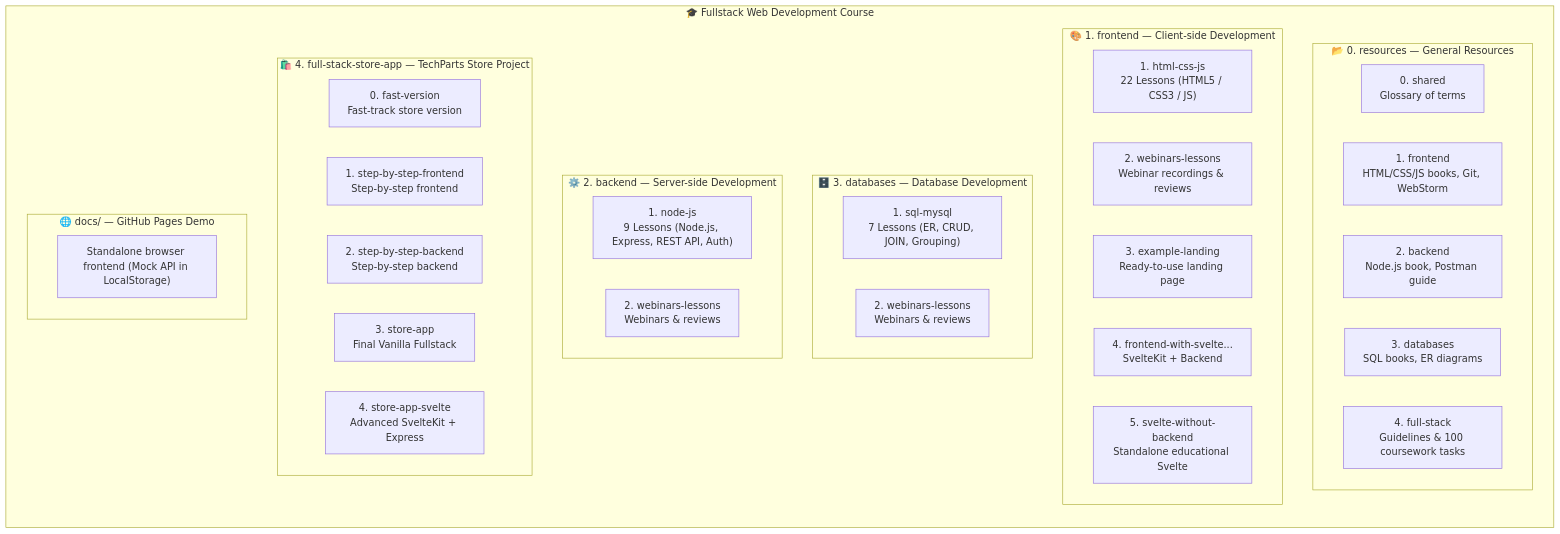
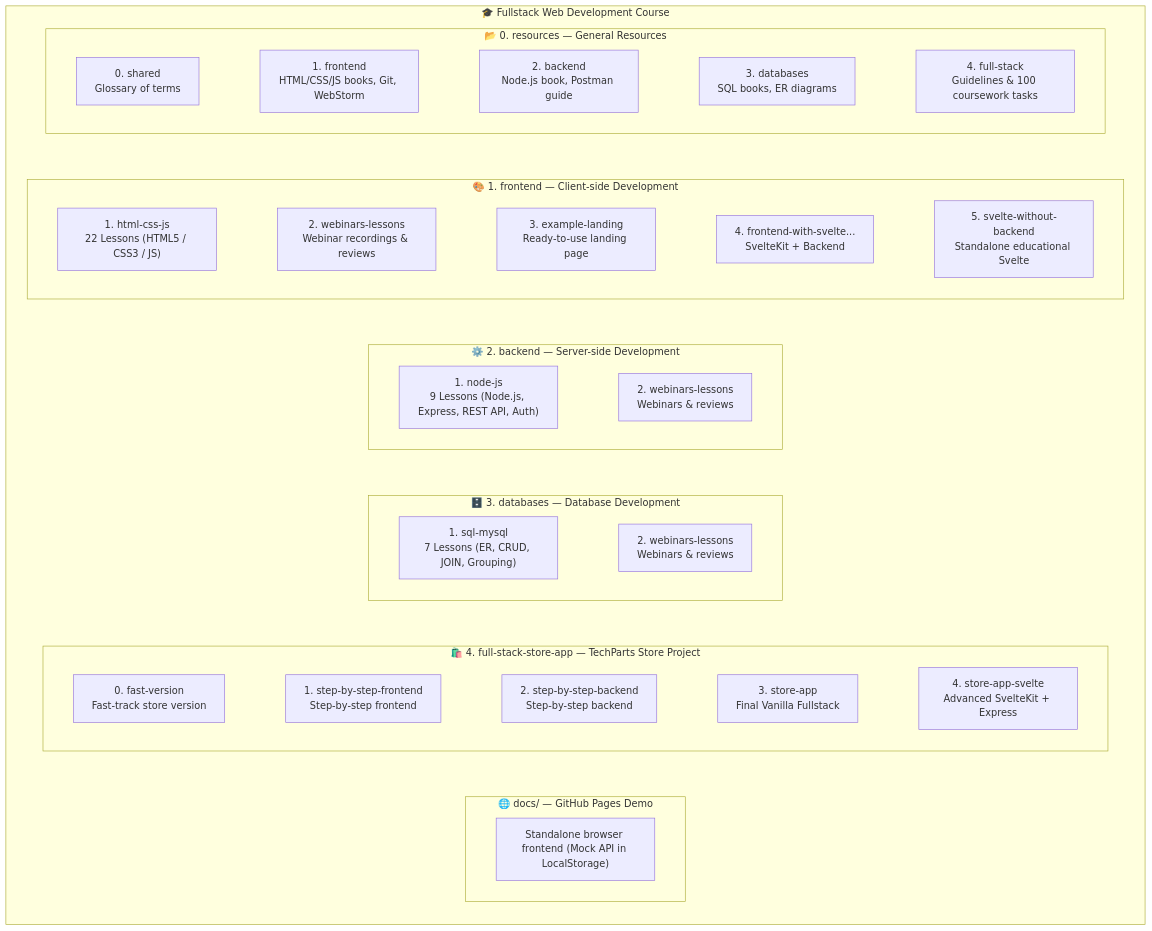
One commit to mrsky1001/fullstack-web-development-course changed the first of 2 diagrams in README.md. Above: the diagram before and after it, drawn with Mermaid. The commit also changed 1 other file, not shown here.

Commit message:
refactor: update flowchart orientation and refine node alignment in README diagrams

````diff
--- a/README.md
+++ b/README.md
@@ -146,49 +146,56 @@
 ```mermaid
-flowchart TB
+flowchart TD
     subgraph ROOT["🎓 Fullstack Web Development Course"]
         direction TB
 
         subgraph RES["📂 0. resources — General Resources"]
             direction LR
             R0["0. shared<br/>Glossary of terms"]
             R1["1. frontend<br/>HTML/CSS/JS books, Git, WebStorm"]
             R2["2. backend<br/>Node.js book, Postman guide"]
             R3["3. databases<br/>SQL books, ER diagrams"]
             R4["4. full-stack<br/>Guidelines & 100 coursework tasks"]
+            R0 ~~~ R1 ~~~ R2 ~~~ R3 ~~~ R4
         end
 
         subgraph MOD1["🎨 1. frontend — Client-side Development"]
             direction LR
             F1["1. html-css-js<br/>22 Lessons (HTML5 / CSS3 / JS)"]
             F2["2. webinars-lessons<br/>Webinar recordings & reviews"]
             F3["3. example-landing<br/>Ready-to-use landing page"]
             F4["4. frontend-with-svelte...<br/>SvelteKit + Backend"]
             F5["5. svelte-without-backend<br/>Standalone educational Svelte"]
+            F1 ~~~ F2 ~~~ F3 ~~~ F4 ~~~ F5
+        end
+
+        subgraph MOD2["⚙️ 2. backend — Server-side Development"]
+            direction LR
+            B1["1. node-js<br/>9 Lessons (Node.js, Express, REST API, Auth)"]
+            B2["2. webinars-lessons<br/>Webinars & reviews"]
+            B1 ~~~ B2
         end
 
         subgraph MOD3["🗄️ 3. databases — Database Development"]
             direction LR
             D1["1. sql-mysql<br/>7 Lessons (ER, CRUD, JOIN, Grouping)"]
             D2["2. webinars-lessons<br/>Webinars & reviews"]
-        end
-
-        subgraph MOD2["⚙️ 2. backend — Server-side Development"]
-            direction LR
-            B1["1. node-js<br/>9 Lessons (Node.js, Express, REST API, Auth)"]
-            B2["2. webinars-lessons<br/>Webinars & reviews"]
+            D1 ~~~ D2
         end
 
         subgraph MOD4["🛍️ 4. full-stack-store-app — TechParts Store Project"]
             direction LR
             S0["0. fast-version<br/>Fast-track store version"]
             S1["1. step-by-step-frontend<br/>Step-by-step frontend"]
             S2["2. step-by-step-backend<br/>Step-by-step backend"]
             S3["3. store-app<br/>Final Vanilla Fullstack"]
             S4["4. store-app-svelte<br/>Advanced SvelteKit + Express"]
+            S0 ~~~ S1 ~~~ S2 ~~~ S3 ~~~ S4
         end
 
         subgraph DOCS["🌐 docs/ — GitHub Pages Demo"]
             DOC["Standalone browser frontend (Mock API in LocalStorage)"]
         end
+
+        RES ~~~ MOD1 ~~~ MOD2 ~~~ MOD3 ~~~ MOD4 ~~~ DOCS
     end
 ```
````
